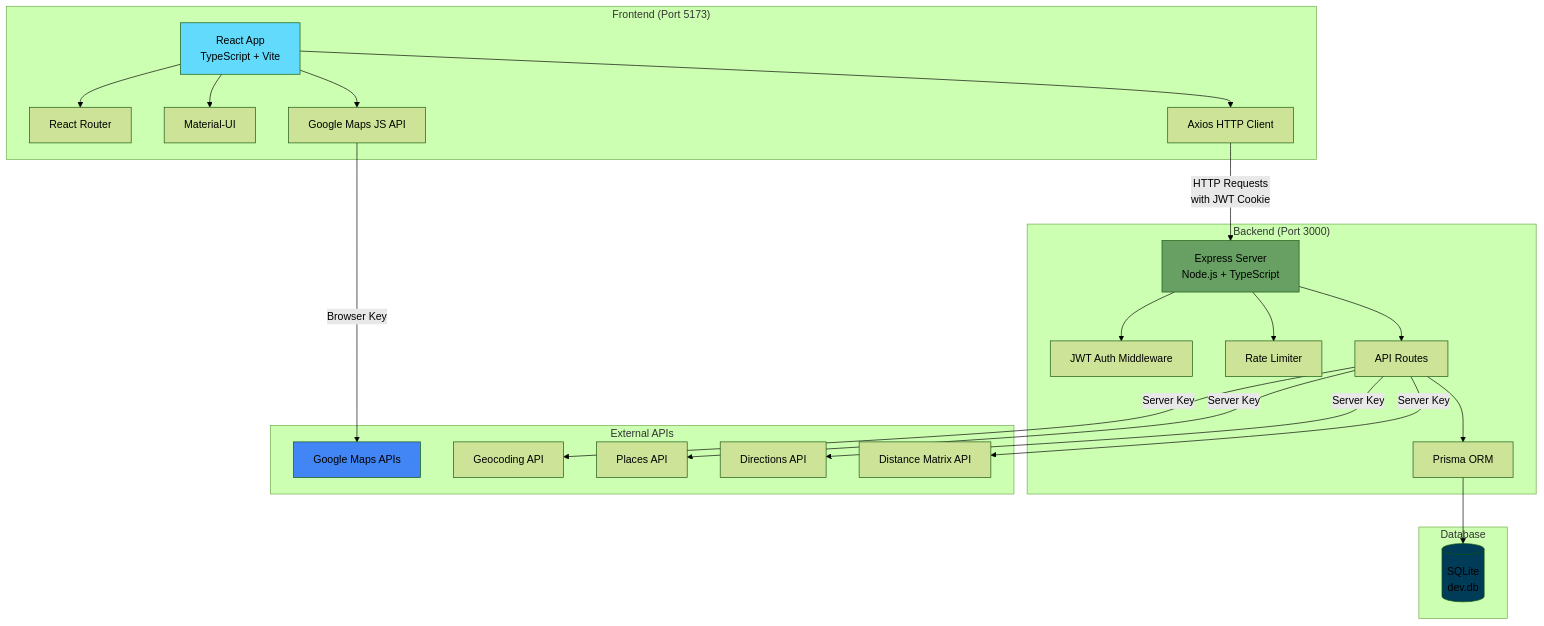
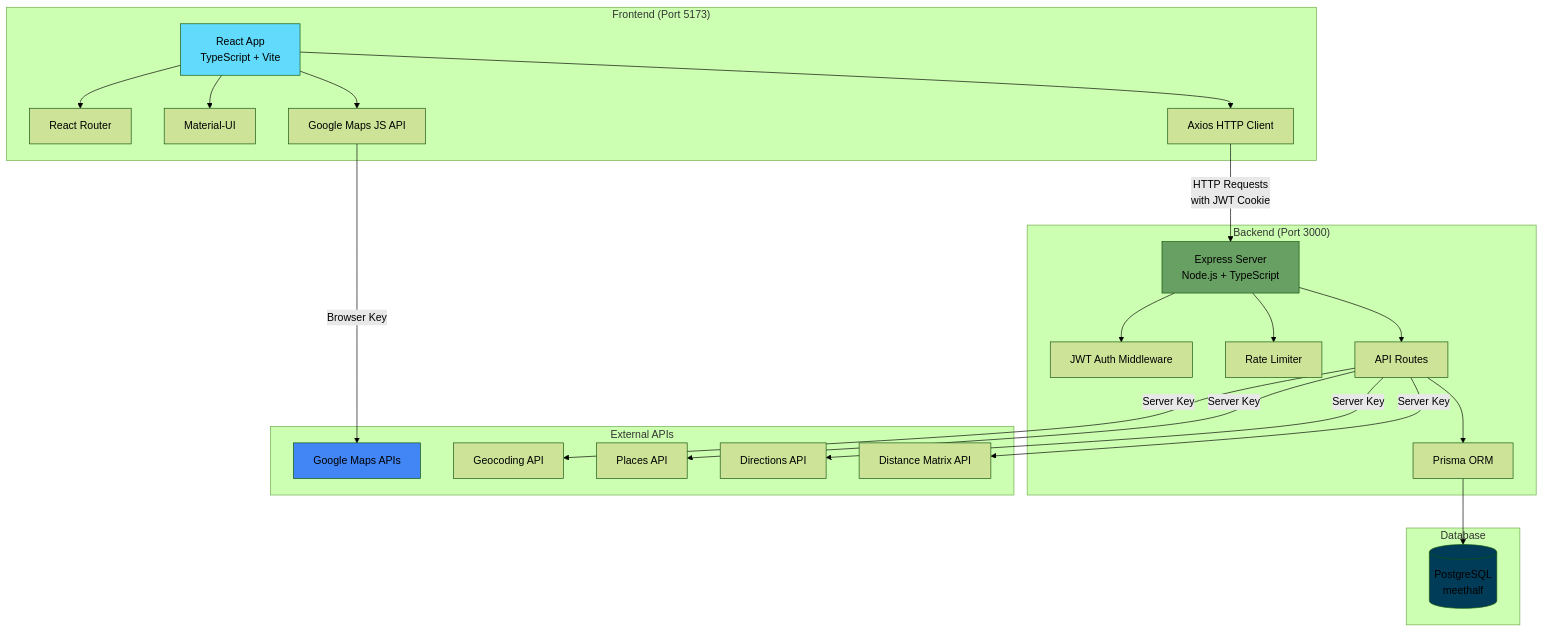
Before and after one commit to MeetHalf/MeetHalf: the diagram in README.md, drawn with Mermaid (forest theme). The commit also changed other lines of this file and 22 other files, not shown here.

````diff
--- a/README.md
+++ b/README.md
@@ -158,54 +158,54 @@
 ```mermaid
 graph TB
     subgraph "Frontend (Port 5173)"
         A[React App<br/>TypeScript + Vite]
         B[React Router]
         C[Material-UI]
         D[Google Maps JS API]
         E[Axios HTTP Client]
     end
     
     subgraph "Backend (Port 3000)"
         F[Express Server<br/>Node.js + TypeScript]
         G[JWT Auth Middleware]
         H[Rate Limiter]
         I[API Routes]
         J[Prisma ORM]
     end
     
     subgraph "Database"
-        K[(SQLite<br/>dev.db)]
+        K[(PostgreSQL<br/>meethalf)]
     end
     
     subgraph "External APIs"
         L[Google Maps APIs]
         L1[Geocoding API]
         L2[Places API]
         L3[Directions API]
         L4[Distance Matrix API]
     end
     
     A --> B
     A --> C
     A --> D
     A --> E
     
     E -->|HTTP Requests<br/>with JWT Cookie| F
     D -->|Browser Key| L
     
     F --> G
     F --> H
     F --> I
     I --> J
     J --> K
     
     I -->|Server Key| L1
     I -->|Server Key| L2
     I -->|Server Key| L3
     I -->|Server Key| L4
     
     style A fill:#61dafb
     style F fill:#68a063
     style K fill:#003b57
     style L fill:#4285f4
 ```
````
